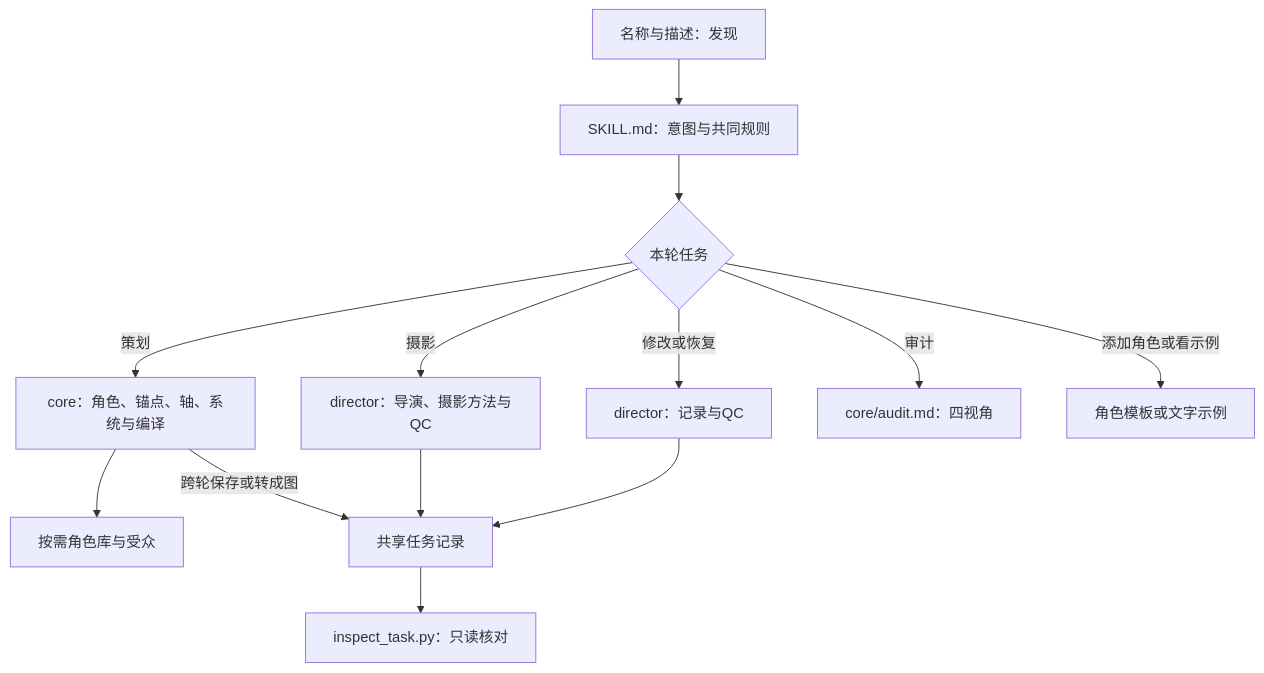
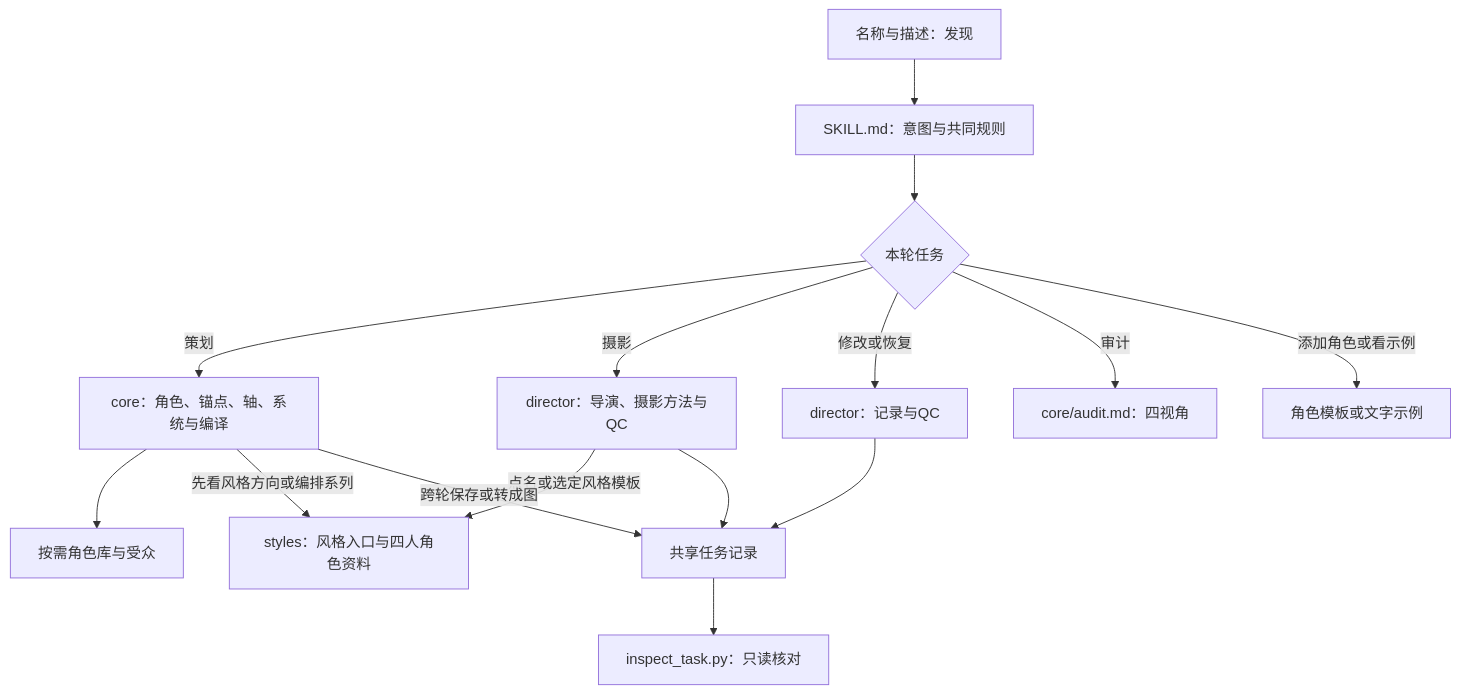
One commit to denggui-ai/fashion-remix changed the first of 3 diagrams in SKILL.md. Above: the diagram before and after it, drawn with Mermaid. The commit also changed other lines of this file and 20 other files, not shown here.

````diff
--- a/SKILL.md
+++ b/SKILL.md
@@ -128,15 +130,17 @@
 ```mermaid
 flowchart TD
     A[名称与描述：发现] --> B[SKILL.md：意图与共同规则]
     B --> C{本轮任务}
     C -->|策划| D[core：角色、锚点、轴、系统与编译]
     D --> E[按需角色库与受众]
     C -->|摄影| F[director：导演、摄影方法与QC]
+    F -->|点名或选定风格模板| S[styles：风格入口与四人角色资料]
+    D -->|先看风格方向或编排系列| S
     C -->|修改或恢复| G[director：记录与QC]
     D -->|跨轮保存或转成图| H[共享任务记录]
     F --> H
     G --> H
     H --> I[inspect_task.py：只读核对]
     C -->|审计| J[core/audit.md：四视角]
     C -->|添加角色或看示例| K[角色模板或文字示例]
 ```
````
